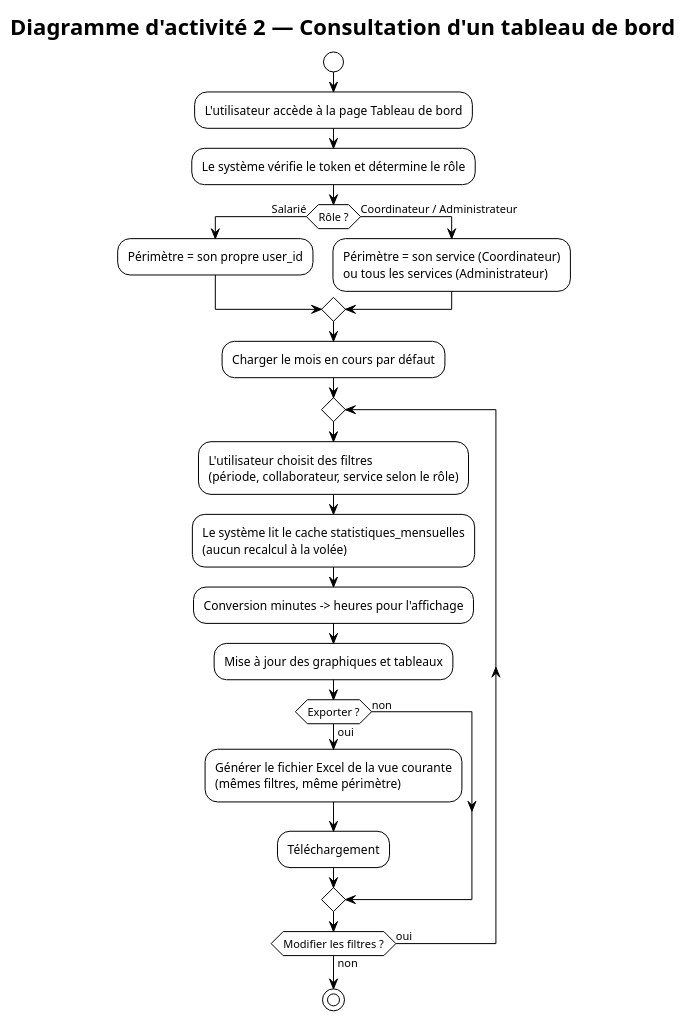
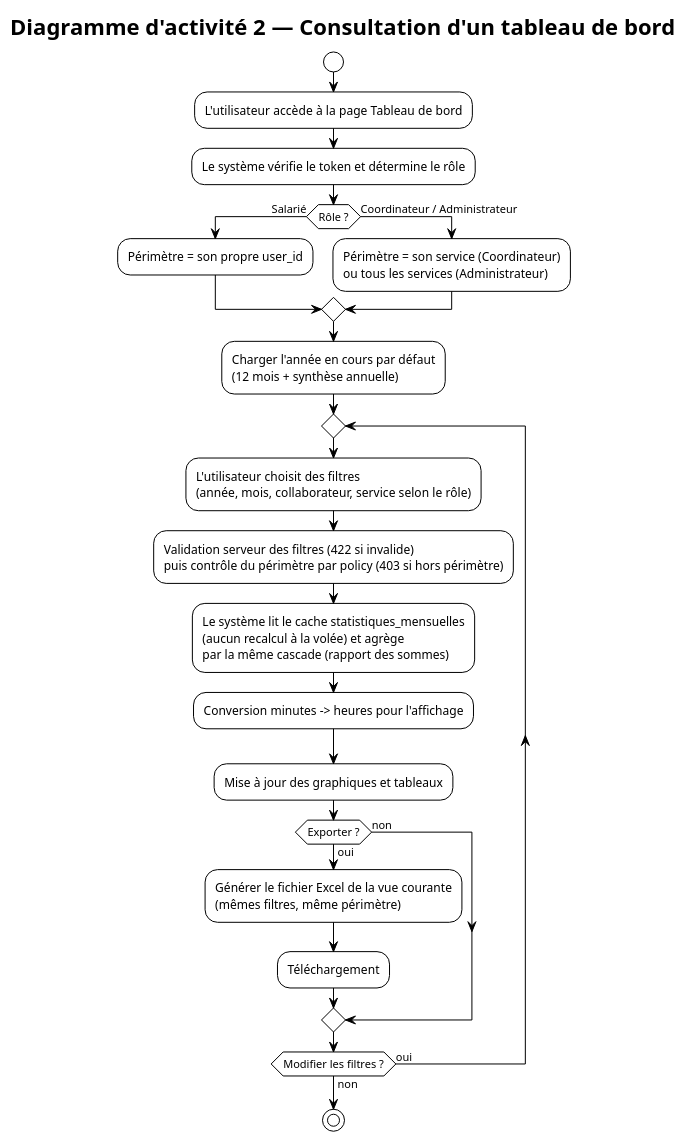
One commit to midjix/plantuml changed the diagram in diagrammes d'activité/diagramme_d'activité_2.md. Above: the diagram before and after it, drawn with PlantUML. The commit also changed 3 other files, not shown here.

First line of the commit message:
docs(uml): consultation API (StatistiquesService, policies, components)

````diff
--- a/diagrammes d'activité/diagramme_d'activité_2.md
+++ b/diagrammes d'activité/diagramme_d'activité_2.md
@@ -1,33 +1,34 @@
 ```plantuml
 @startuml
 !theme plain
 title Diagramme d'activité 2 — Consultation d'un tableau de bord
 
 start
 :L'utilisateur accède à la page Tableau de bord;
 :Le système vérifie le token et détermine le rôle;
 
 if (Rôle ?) then (Salarié)
   :Périmètre = son propre user_id;
 else (Coordinateur / Administrateur)
   :Périmètre = son service (Coordinateur)\nou tous les services (Administrateur);
 endif
 
-:Charger le mois en cours par défaut;
+:Charger l'année en cours par défaut\n(12 mois + synthèse annuelle);
 
 repeat
-  :L'utilisateur choisit des filtres\n(période, collaborateur, service selon le rôle);
-  :Le système lit le cache statistiques_mensuelles\n(aucun recalcul à la volée);
+  :L'utilisateur choisit des filtres\n(année, mois, collaborateur, service selon le rôle);
+  :Validation serveur des filtres (422 si invalide)\npuis contrôle du périmètre par policy (403 si hors périmètre);
+  :Le système lit le cache statistiques_mensuelles\n(aucun recalcul à la volée) et agrège\npar la même cascade (rapport des sommes);
   :Conversion minutes -> heures pour l'affichage;
   :Mise à jour des graphiques et tableaux;
 
   if (Exporter ?) then (oui)
     :Générer le fichier Excel de la vue courante\n(mêmes filtres, même périmètre);
     :Téléchargement;
   else (non)
   endif
 
 repeat while (Modifier les filtres ?) is (oui) not (non)
 stop
 @enduml
 ```
````
